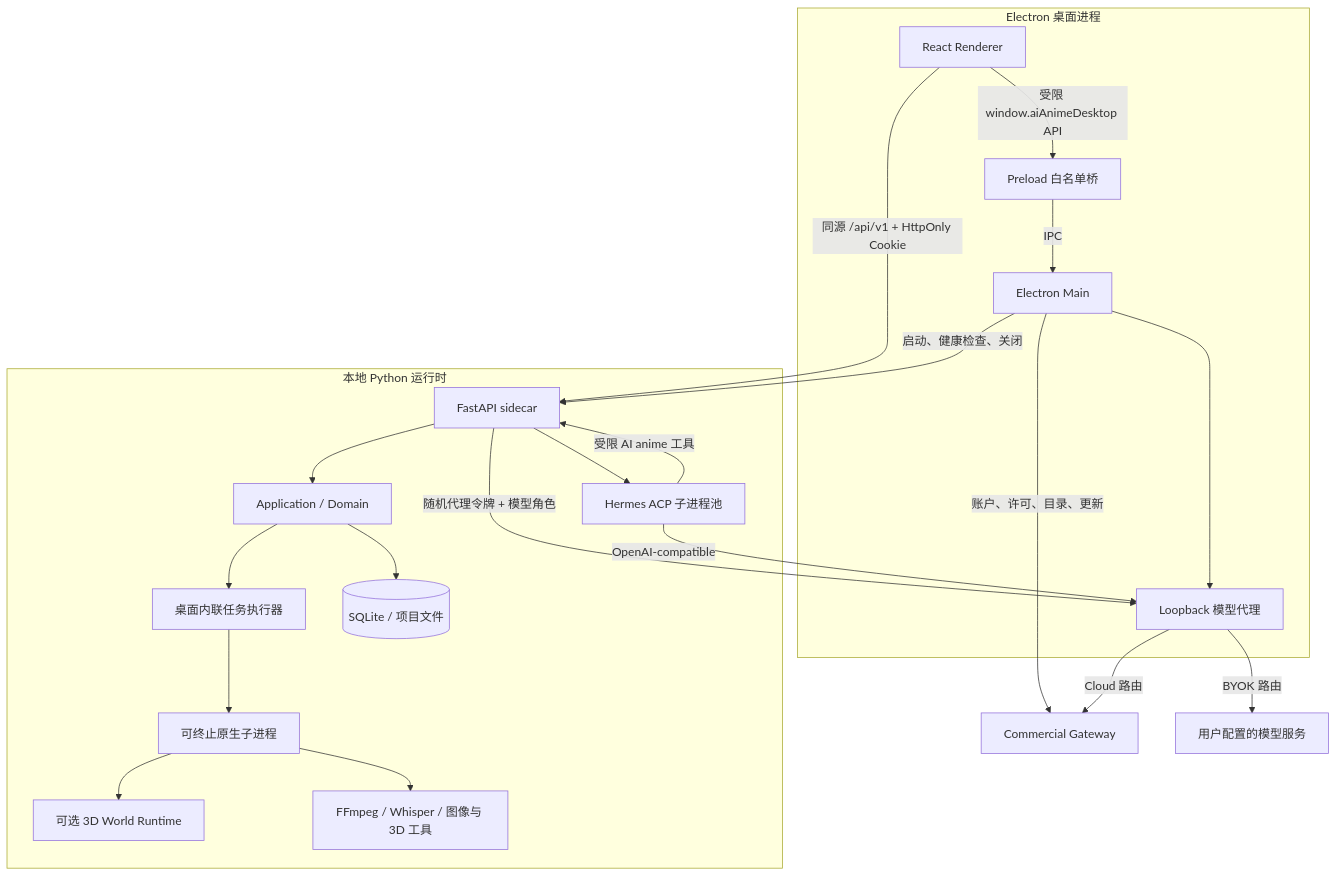
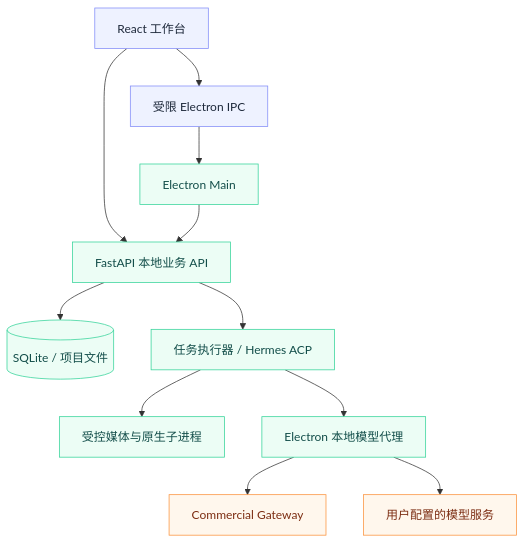
One commit to alanbulan/aianime changed the diagram in README.md. Above: the diagram before and after it, drawn with Mermaid. The commit also changed other lines of this file and 1 other file, not shown here.

````diff
--- a/README.md
+++ b/README.md
@@ -49,40 +44,19 @@
 ```mermaid
 flowchart TB
-    subgraph Desktop[Electron 桌面进程]
-        UI[React Renderer]
-        Preload[Preload 白名单桥]
-        Main[Electron Main]
-        Proxy[Loopback 模型代理]
-        UI -->|受限 window.aiAnimeDesktop API| Preload
-        Preload -->|IPC| Main
-        Main --> Proxy
-    end
-
-    subgraph Local[本地 Python 运行时]
-        API[FastAPI sidecar]
-        App[Application / Domain]
-        Tasks[桌面内联任务执行器]
-        Native[可终止原生子进程]
-        Hermes[Hermes ACP 子进程池]
-        World[可选 3D World Runtime]
-        Store[(SQLite / 项目文件)]
-        Media[FFmpeg / Whisper / 图像与 3D 工具]
-        API --> App
-        App --> Store
-        App --> Tasks
-        Tasks --> Native
-        Native --> Media
-        Native --> World
-        API --> Hermes
-        Hermes -->|受限 AI anime 工具| API
-    end
-
-    UI -->|同源 /api/v1 + HttpOnly Cookie| API
-    Main -->|启动、健康检查、关闭| API
-    API -->|随机代理令牌 + 模型角色| Proxy
-    Hermes -->|OpenAI-compatible| Proxy
-
-    Main -->|账户、许可、目录、更新| Gateway[Commercial Gateway]
-    Proxy -->|Cloud 路由| Gateway
-    Proxy -->|BYOK 路由| Provider[用户配置的模型服务]
+    UI[React 工作台] --> API[FastAPI 本地业务 API]
+    UI --> IPC[受限 Electron IPC]
+    IPC --> Main[Electron Main]
+    Main --> API
+    API --> DB[(SQLite / 项目文件)]
+    API --> Tasks[任务执行器 / Hermes ACP]
+    Tasks --> Media[受控媒体与原生子进程]
+    Tasks --> Proxy[Electron 本地模型代理]
+    Proxy --> Gateway[Commercial Gateway]
+    Proxy --> BYOK[用户配置的模型服务]
+    classDef ui fill:#eef2ff,stroke:#818cf8,color:#1e293b
+    classDef local fill:#ecfdf5,stroke:#34d399,color:#134e4a
+    classDef remote fill:#fff7ed,stroke:#fb923c,color:#7c2d12
+    class UI,IPC ui
+    class Main,API,DB,Tasks,Media,Proxy local
+    class Gateway,BYOK remote
 ```
````
